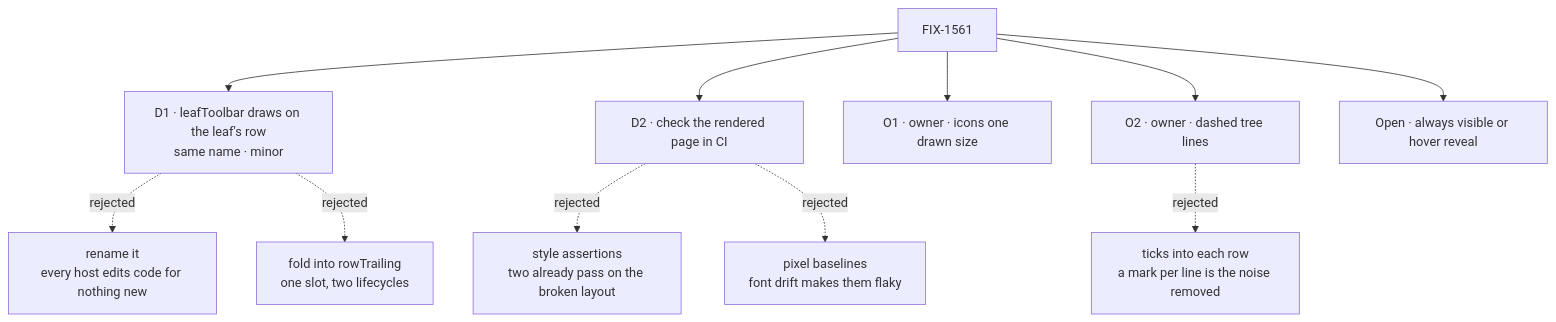
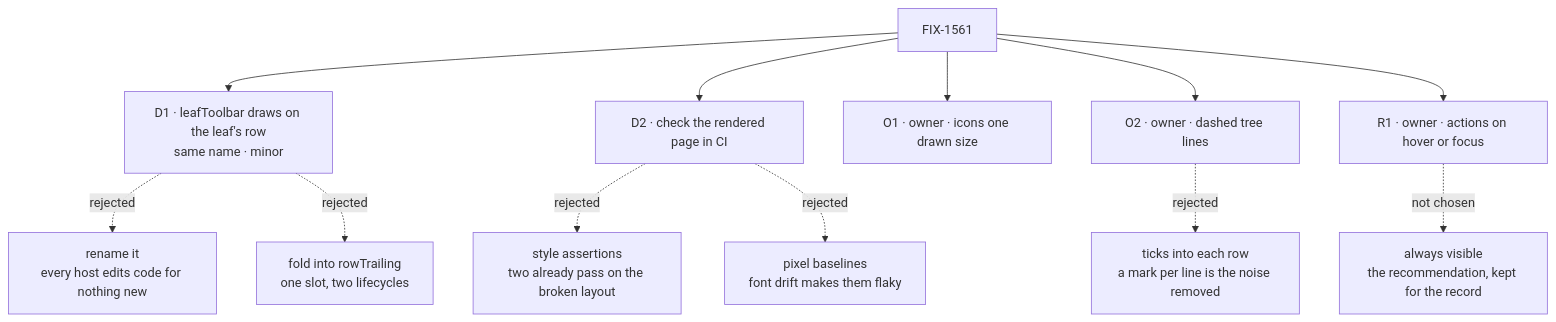
The diagram in specs/issues/FIX-1561/DECISIONS.md (fixpoint-labs/flow-state-dev), drawn with Mermaid before and after one commit. The commit also changed other lines of this file and 13 other files, not shown here.

First line of the commit message:
spec(FIX-1561): owner answer, row actions show on hover or focus

````diff
--- a/specs/issues/FIX-1561/DECISIONS.md
+++ b/specs/issues/FIX-1561/DECISIONS.md
@@ -10,13 +10,14 @@
 ```mermaid
 flowchart TD
   I["FIX-1561"] --> D1["D1 · leafToolbar draws on the leaf's row<br/>same name · minor"]
   D1 -.->|"rejected"| X1["rename it<br/>every host edits code for nothing new"]
   D1 -.->|"rejected"| X2["fold into rowTrailing<br/>one slot, two lifecycles"]
   I --> D2["D2 · check the rendered page in CI"]
   D2 -.->|"rejected"| X3["style assertions<br/>two already pass on the broken layout"]
   D2 -.->|"rejected"| X4["pixel baselines<br/>font drift makes them flaky"]
   I --> O1["O1 · owner · icons one drawn size"]
   I --> O2["O2 · owner · dashed tree lines"]
   O2 -.->|"rejected"| X5["ticks into each row<br/>a mark per line is the noise removed"]
-  I --> F["Open · always visible or hover reveal"]
+  I --> R1["R1 · owner · actions on hover or focus"]
+  R1 -.->|"not chosen"| X6["always visible<br/>the recommendation, kept for the record"]
 ```
````
